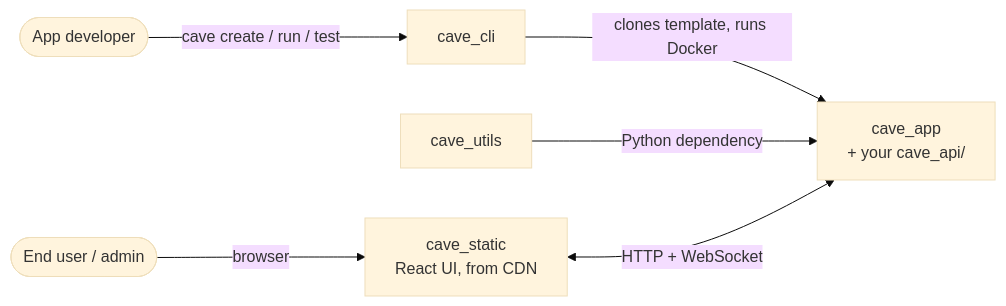
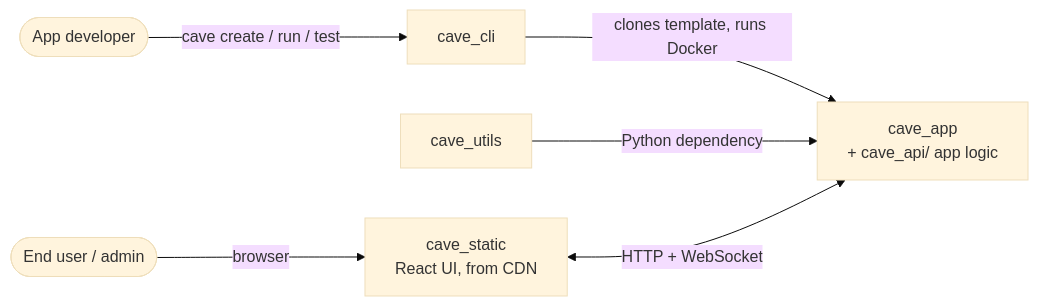
Before and after one commit to MIT-CAVE/cave_app: the first of 3 diagrams in docs/ARCHITECTURE.md, drawn with Mermaid (base theme). The commit also changed other lines of this file, not shown here.

````diff
--- a/docs/ARCHITECTURE.md
+++ b/docs/ARCHITECTURE.md
@@ -39,8 +39,8 @@
 ```mermaid
 flowchart LR
     dev([App developer]) -->|cave create / run / test| cli[cave_cli]
-    cli -->|clones template, runs Docker| app[cave_app<br/>+ your cave_api/]
+    cli -->|clones template, runs Docker| app[cave_app<br/>+ cave_api/ app logic]
     utils[cave_utils] -->|Python dependency| app
     user([End user / admin]) -->|browser| static[cave_static<br/>React UI, from CDN]
     static <-->|HTTP + WebSocket| app
 ```
````
